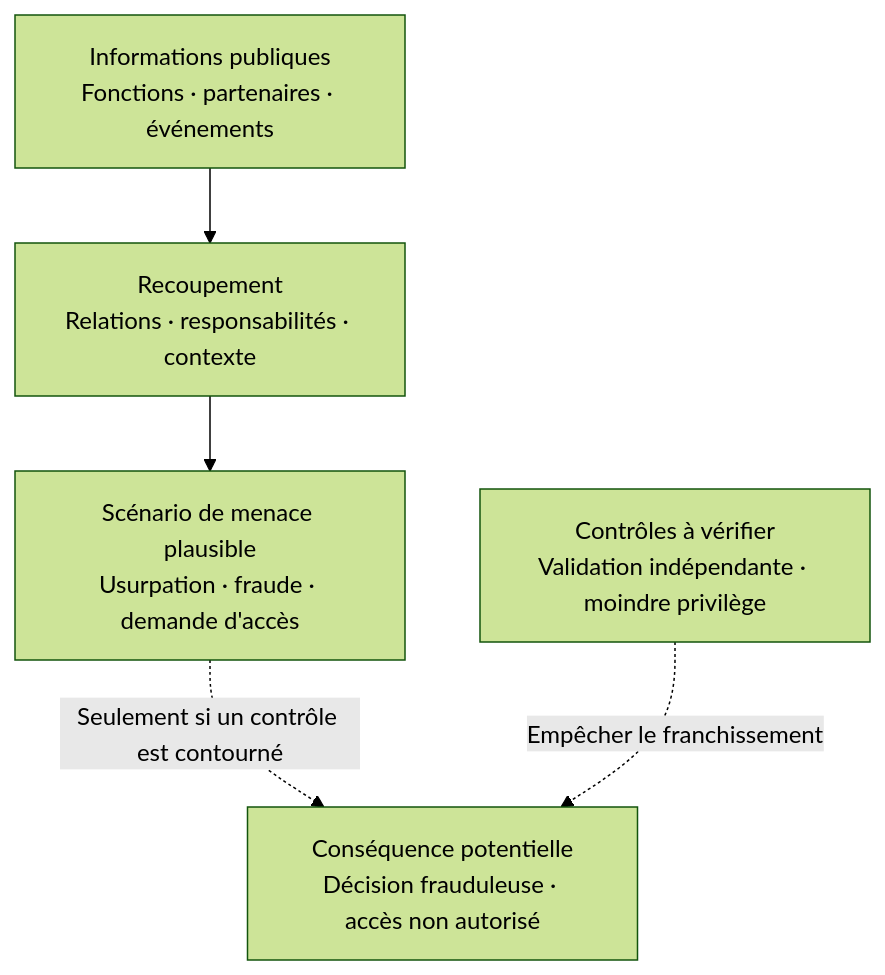
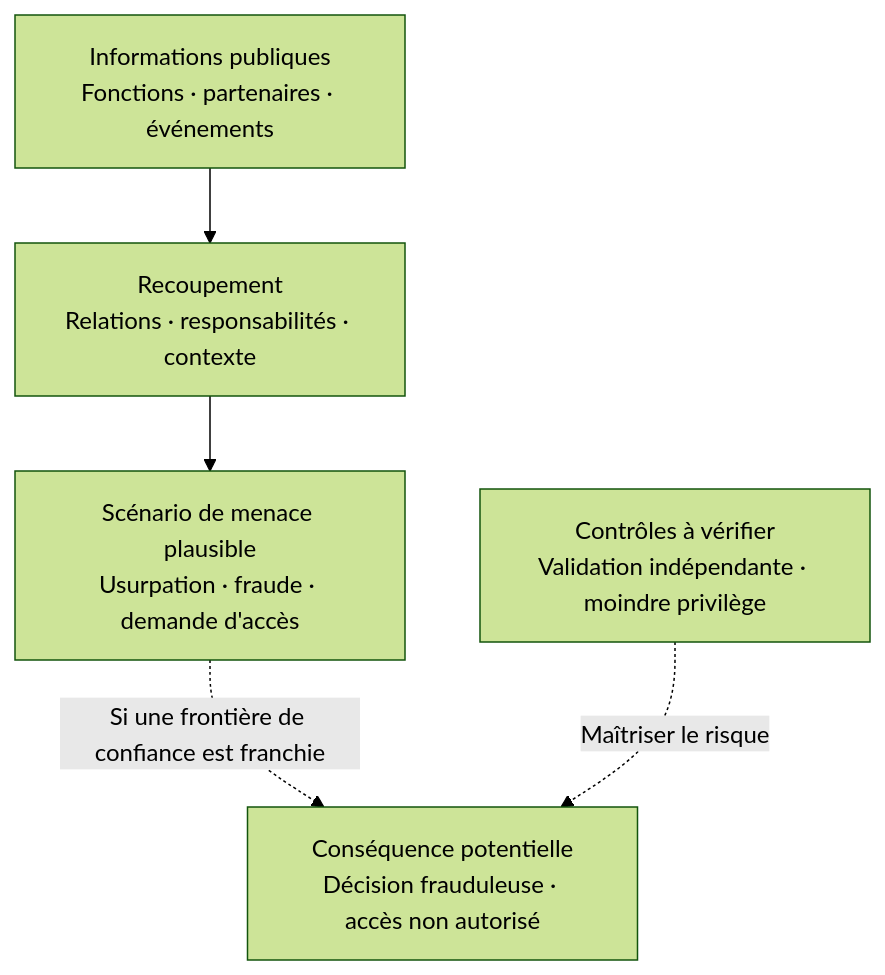
Before and after one commit to lxrider/pre-attack-human-surface: the diagram in README.md, drawn with Mermaid (forest theme). The commit also changed other lines of this file, not shown here.

````diff
--- a/README.md
+++ b/README.md
@@ -17,7 +17,7 @@
 ```mermaid
 flowchart TD
     A["Informations publiques<br/>Fonctions · partenaires · événements"] --> B["Recoupement<br/>Relations · responsabilités · contexte"]
     B --> C["Scénario de menace plausible<br/>Usurpation · fraude · demande d'accès"]
-    C -. "Seulement si un contrôle est contourné" .-> D["Conséquence potentielle<br/>Décision frauduleuse · accès non autorisé"]
-    E["Contrôles à vérifier<br/>Validation indépendante · moindre privilège"] -. "Empêcher le franchissement" .-> D
+    C -. "Si une frontière de confiance est franchie" .-> D["Conséquence potentielle<br/>Décision frauduleuse · accès non autorisé"]
+    E["Contrôles à vérifier<br/>Validation indépendante · moindre privilège"] -. "Maîtriser le risque" .-> D
 ```
````
